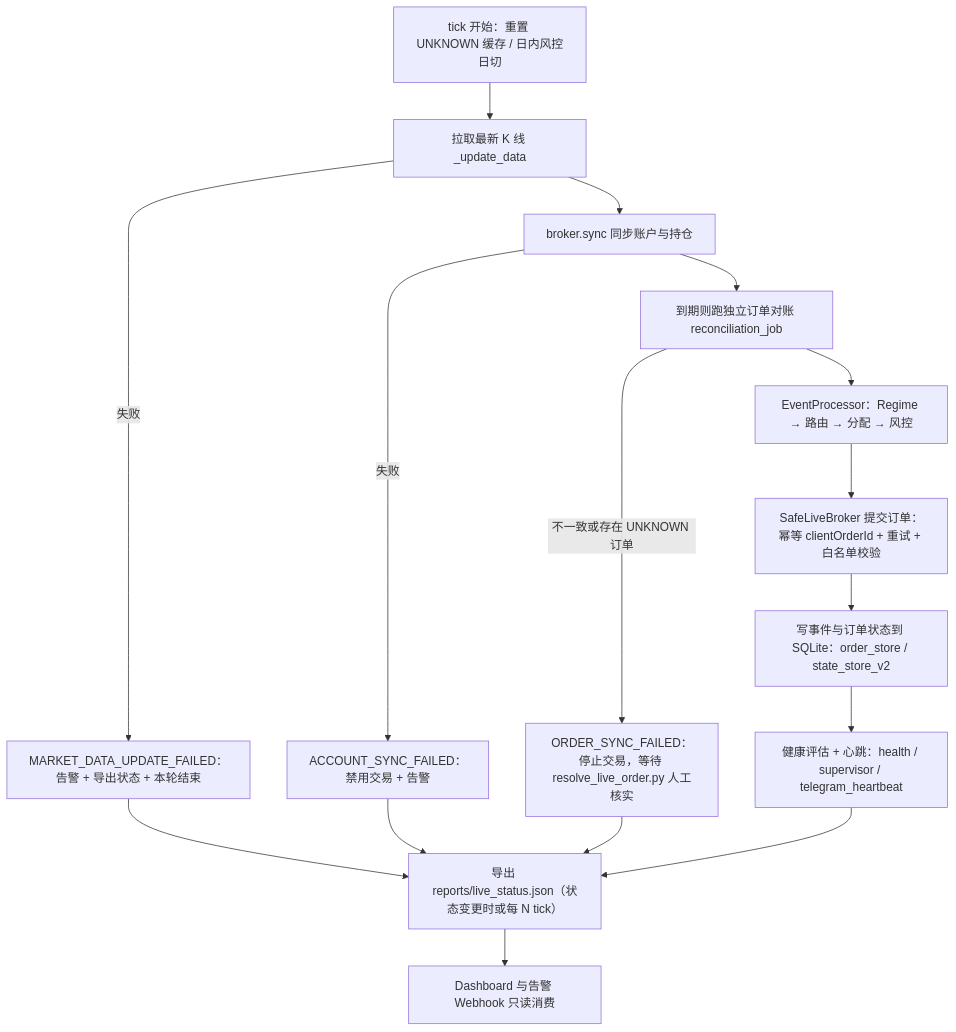
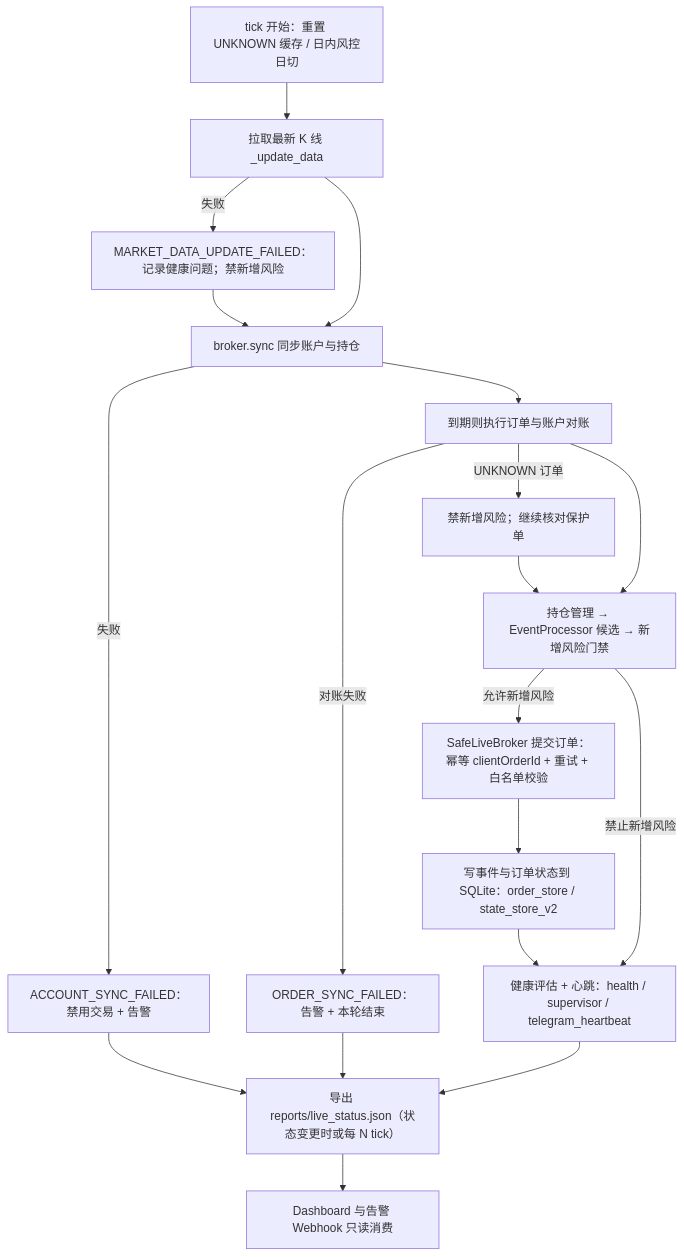
Before and after one commit to user-nmmmmm/QuantTradingV2: the fourth of 5 diagrams in README.md, drawn with Mermaid. The commit also changed other lines of this file and 18 other files, not shown here.

Commit message:
docs: align architecture guidance with current main

````diff
--- a/README.md
+++ b/README.md
@@ -211,18 +220,21 @@
 ```mermaid
 flowchart TD
     T0["tick 开始：重置 UNKNOWN 缓存 / 日内风控日切"] --> T1["拉取最新 K 线 _update_data"]
-    T1 -->|失败| X1["MARKET_DATA_UPDATE_FAILED：告警 + 导出状态 + 本轮结束"]
+    T1 -->|失败| X1["MARKET_DATA_UPDATE_FAILED：记录健康问题；禁新增风险"]
+    X1 --> T2
     T1 --> T2["broker.sync 同步账户与持仓"]
     T2 -->|失败| X2["ACCOUNT_SYNC_FAILED：禁用交易 + 告警"]
-    T2 --> T3["到期则跑独立订单对账 reconciliation_job"]
-    T3 -->|不一致或存在 UNKNOWN 订单| X3["ORDER_SYNC_FAILED：停止交易，等待 resolve_live_order.py 人工核实"]
-    T3 --> T4["EventProcessor：Regime → 路由 → 分配 → 风控"]
-    T4 --> T5["SafeLiveBroker 提交订单：幂等 clientOrderId + 重试 + 白名单校验"]
+    T2 --> T3["到期则执行订单与账户对账"]
+    T3 -->|对账失败| X3["ORDER_SYNC_FAILED：告警 + 本轮结束"]
+    T3 -->|UNKNOWN 订单| U["禁新增风险；继续核对保护单"]
+    T3 --> T4["持仓管理 → EventProcessor 候选 → 新增风险门禁"]
+    U --> T4
+    T4 -->|允许新增风险| T5["SafeLiveBroker 提交订单：幂等 clientOrderId + 重试 + 白名单校验"]
+    T4 -->|禁止新增风险| T7
     T5 --> T6["写事件与订单状态到 SQLite：order_store / state_store_v2"]
     T6 --> T7["健康评估 + 心跳：health / supervisor / telegram_heartbeat"]
     T7 --> T8["导出 reports/live_status.json（状态变更时或每 N tick）"]
-    X1 --> T8
     X2 --> T8
     X3 --> T8
     T8 --> T9["Dashboard 与告警 Webhook 只读消费"]
 ```
````
